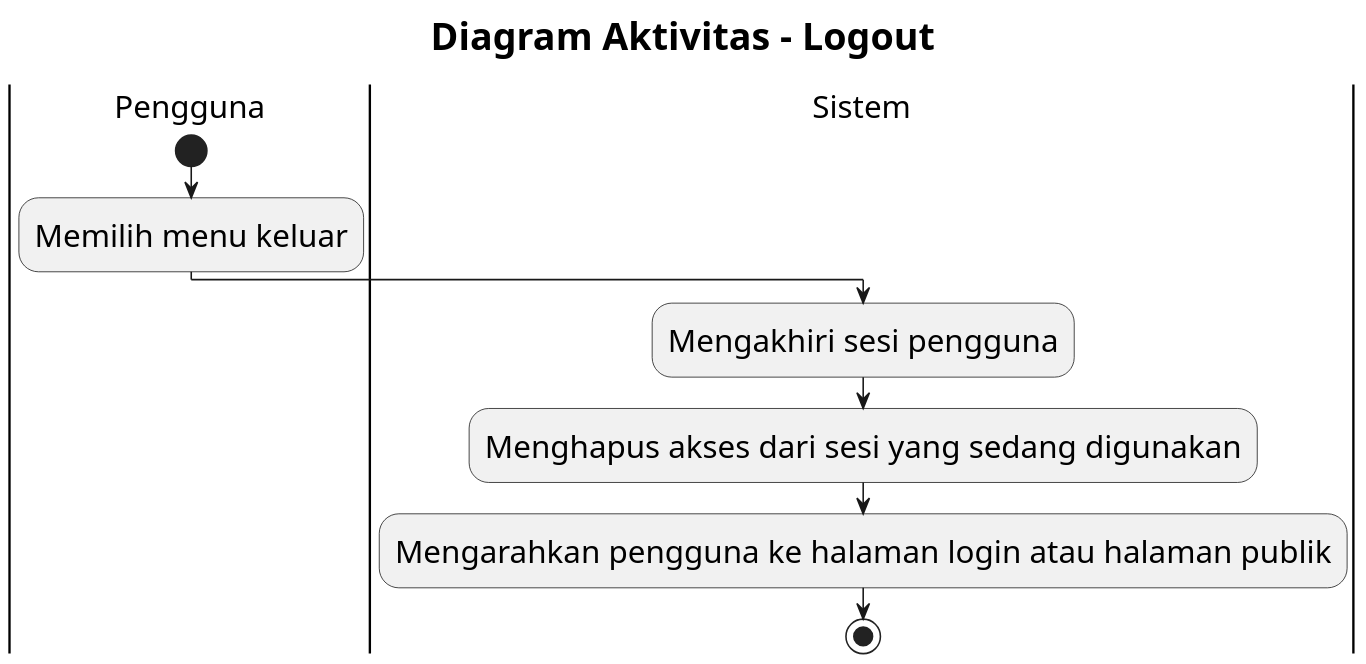
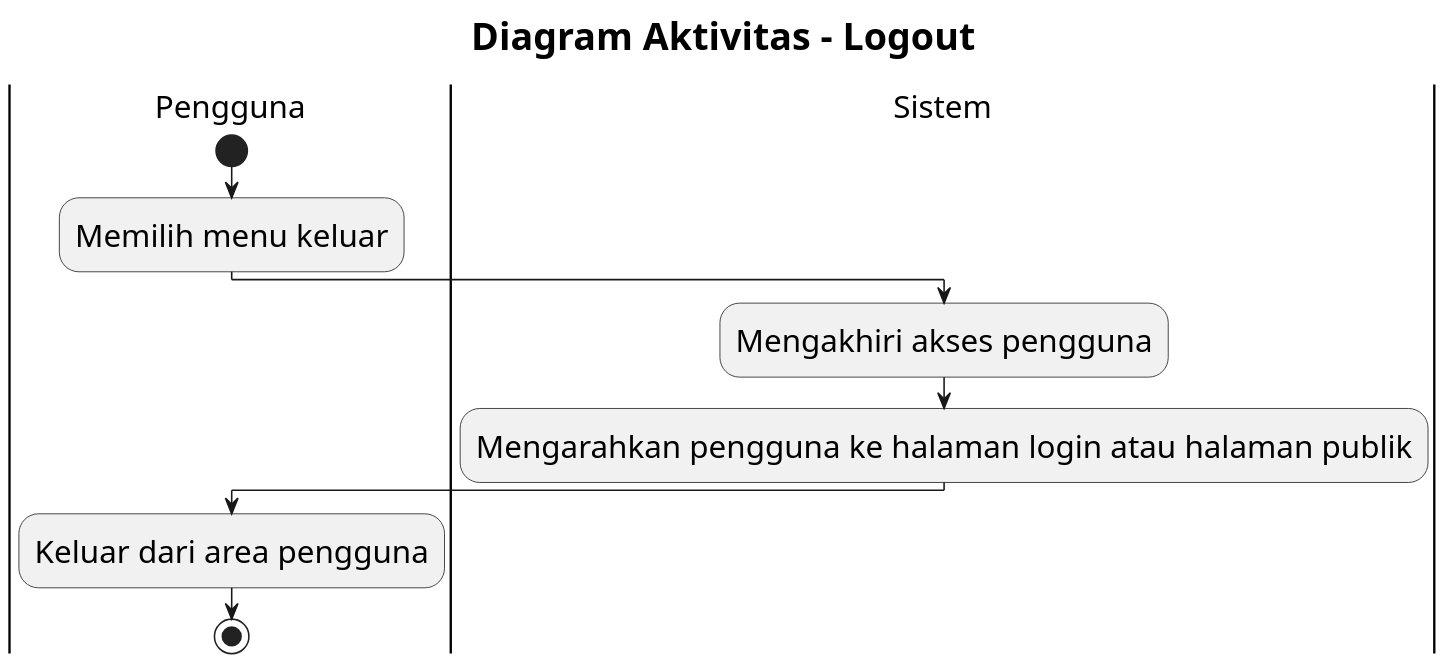
Before and after one commit to howlil/sop-generate-app: the diagram in docs/activity-diagram/lampiran/seluruh-pengguna-logout.md, drawn with PlantUML. The commit also changed other lines of this file and 20 other files, not shown here.

Commit message:
docs(activity): simplify flows to business-level design

````diff
--- a/docs/activity-diagram/lampiran/seluruh-pengguna-logout.md
+++ b/docs/activity-diagram/lampiran/seluruh-pengguna-logout.md
@@ -16,21 +16,23 @@
 ```plantuml
 @startuml
 skinparam defaultFontSize 20
 skinparam titleFontSize 24
 skinparam dpi 160
 
 title Diagram Aktivitas - Logout
 
 |Pengguna|
 start
 :Memilih menu keluar;
 
 |Sistem|
-:Mengakhiri sesi pengguna;
-:Menghapus akses dari sesi yang sedang digunakan;
+:Mengakhiri akses pengguna;
 :Mengarahkan pengguna ke halaman login atau halaman publik;
+
+|Pengguna|
+:Keluar dari area pengguna;
 
 stop
 
 @enduml
 ```
````
